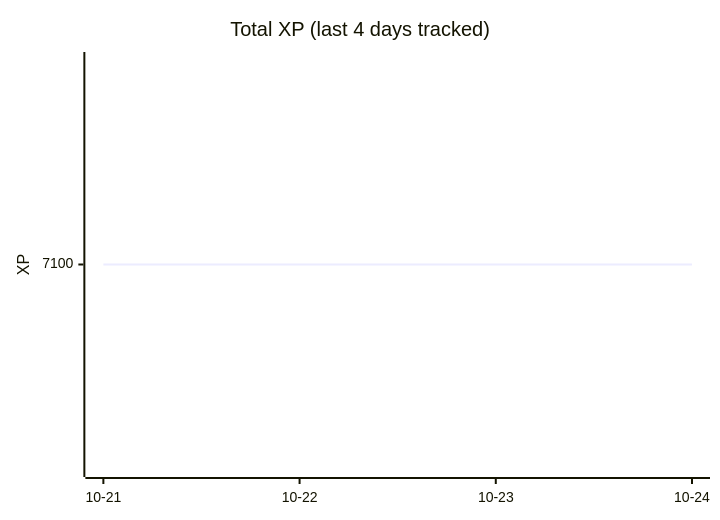
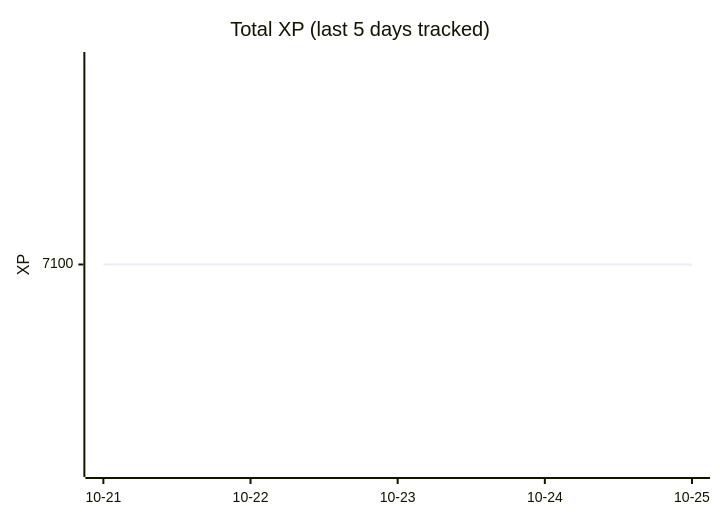
Before and after one commit to ASR222/bootdev-progress: the diagram in README.md, drawn with Mermaid. The commit also changed other lines of this file and 1 other file, not shown here.

Commit message:
Boot.dev progress: 2026-10-24

````diff
--- a/README.md
+++ b/README.md
@@ -14,7 +14,7 @@
 ```mermaid
 xychart-beta
-    title "Total XP (last 4 days tracked)"
-    x-axis ["10-21", "10-22", "10-23", "10-24"]
+    title "Total XP (last 5 days tracked)"
+    x-axis ["10-21", "10-22", "10-23", "10-24", "10-25"]
     y-axis "XP"
-    line [7100, 7100, 7100, 7100]
+    line [7100, 7100, 7100, 7100, 7100]
 ```
````
